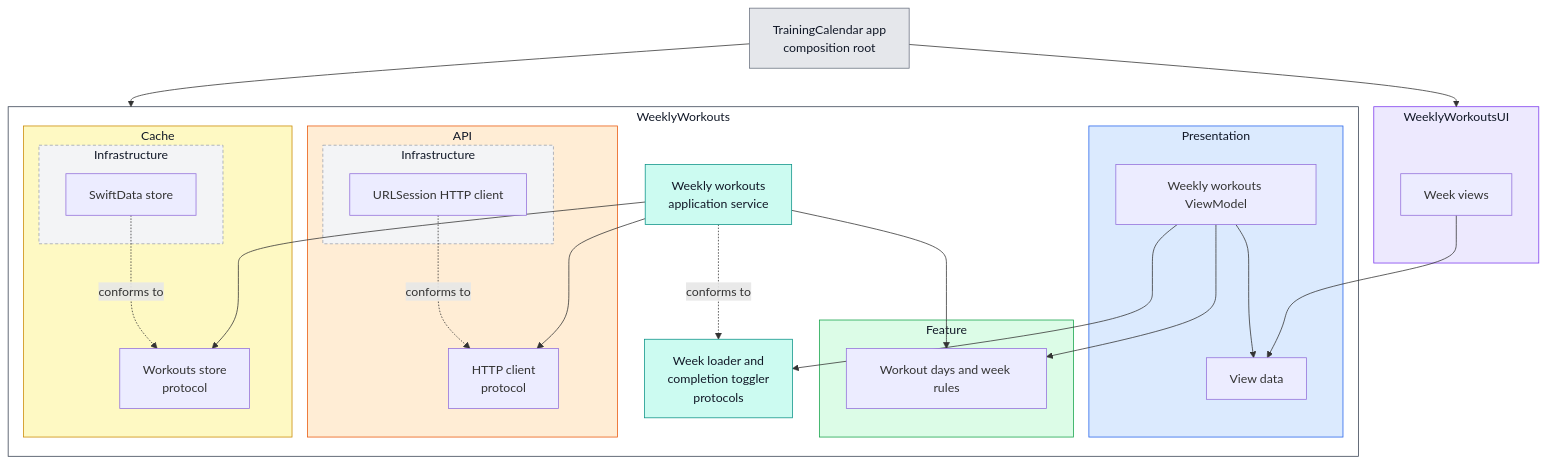
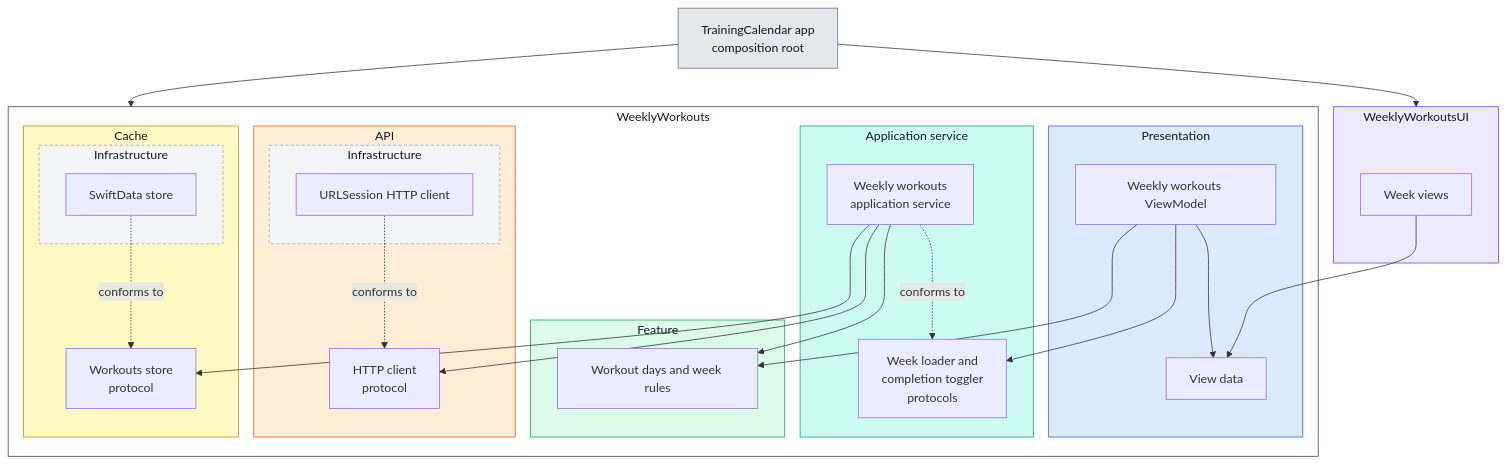
Before and after one commit to tringuyen623/training-calendar: the second of 2 diagrams in README.md, drawn with Mermaid. The commit also changed other lines of this file, not shown here.

Commit message:
Group the service and its `WeekLoader` and `CompletionToggler` boundaries in one "Application service" box in the architecture diagram, as they now live in the same file

````diff
--- a/README.md
+++ b/README.md
@@ -385,57 +385,58 @@
 ```mermaid
 graph TD
     App["TrainingCalendar app<br/>composition root"]
 
     subgraph UIModule["WeeklyWorkoutsUI"]
         Views["Week views"]
     end
 
     subgraph Package["WeeklyWorkouts"]
         subgraph Presentation["Presentation"]
             ViewModel["Weekly workouts ViewModel"]
             ViewData["View data"]
         end
-        Service["Weekly workouts<br/>application service"]
-        Roles["Week loader and<br/>completion toggler<br/>protocols"]
+        subgraph Application["Application service"]
+            Roles["Week loader and<br/>completion toggler<br/>protocols"]
+            Service["Weekly workouts<br/>application service"]
+        end
         subgraph Feature["Feature"]
             Domain["Workout days and week rules"]
         end
         subgraph API["API"]
             Client["HTTP client<br/>protocol"]
             subgraph APIInfra["Infrastructure"]
                 URLSession["URLSession HTTP client"]
             end
         end
         subgraph Cache["Cache"]
             Store["Workouts store<br/>protocol"]
             subgraph CacheInfra["Infrastructure"]
                 SwiftData["SwiftData store"]
             end
         end
     end
 
     App --> UIModule
     App --> Package
     Views --> ViewData
     ViewModel --> ViewData
     ViewModel --> Roles
     ViewModel --> Domain
     Service --> Domain
     Service --> Client
     Service --> Store
     Service -. conforms to .-> Roles
     URLSession -. conforms to .-> Client
     SwiftData -. conforms to .-> Store
 
     style App fill:#E5E7EB,stroke:#6B7280,color:#111827
     style UIModule fill:#EDE9FE,stroke:#7C3AED,color:#111827
     style Package fill:#FFFFFF,stroke:#374151,color:#111827
     style Presentation fill:#DBEAFE,stroke:#2563EB,color:#111827
-    style Service fill:#CCFBF1,stroke:#0D9488,color:#111827
-    style Roles fill:#CCFBF1,stroke:#0D9488,color:#111827
+    style Application fill:#CCFBF1,stroke:#0D9488,color:#111827
     style Feature fill:#DCFCE7,stroke:#16A34A,color:#111827
     style API fill:#FFEDD5,stroke:#EA580C,color:#111827
     style Cache fill:#FEF9C3,stroke:#CA8A04,color:#111827
     style APIInfra fill:#F3F4F6,stroke:#9CA3AF,stroke-dasharray:4 3,color:#111827
     style CacheInfra fill:#F3F4F6,stroke:#9CA3AF,stroke-dasharray:4 3,color:#111827
 ```
````
